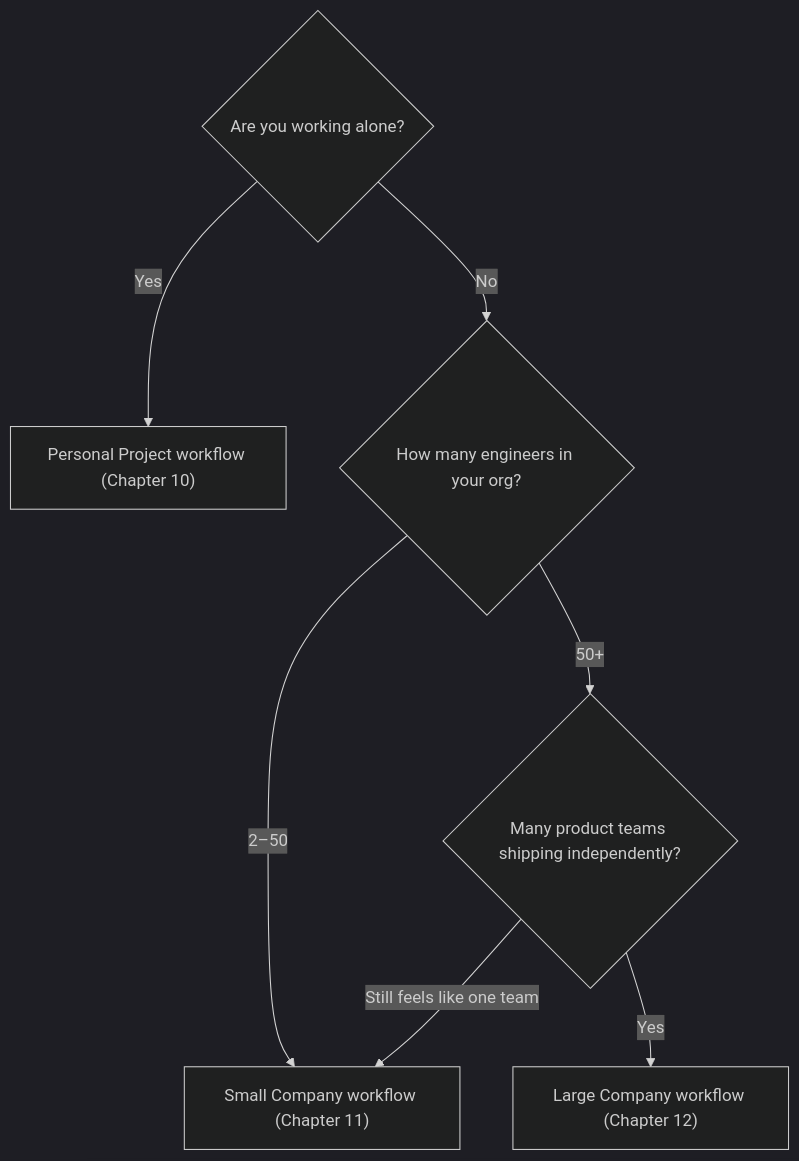
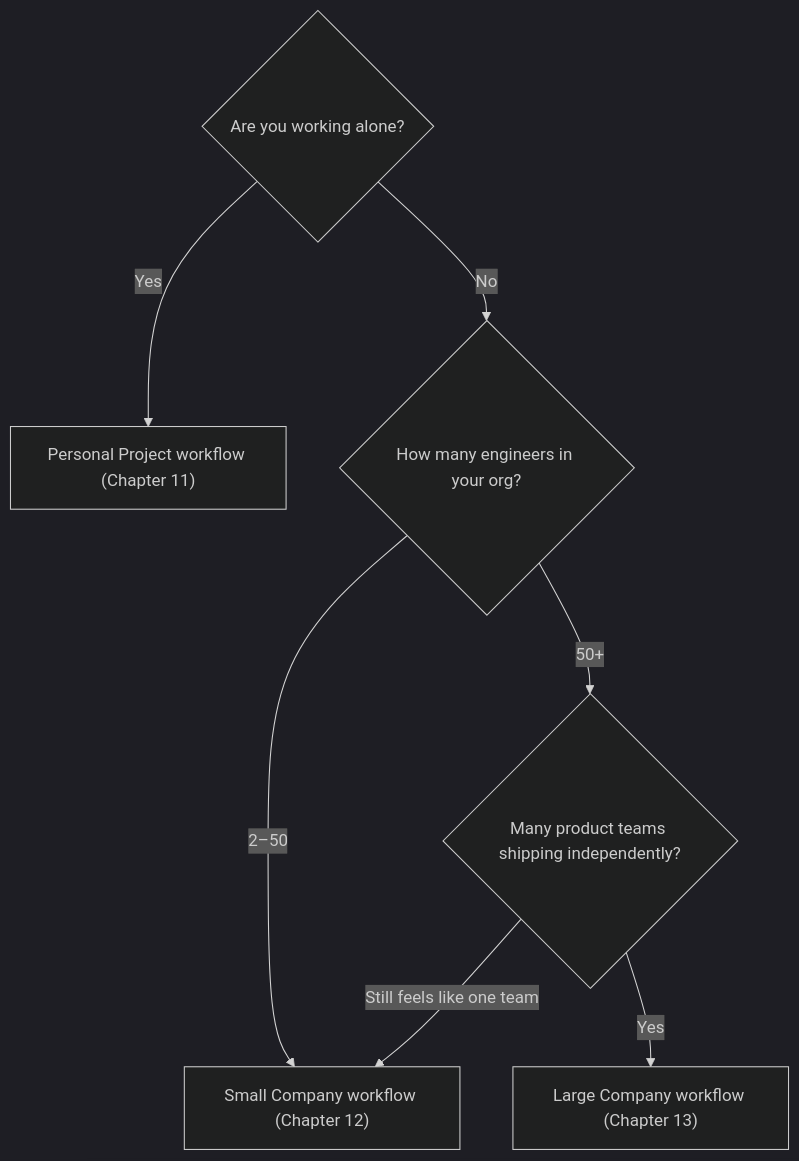
One commit to tonyx1998/modern-web-dev-guide changed the diagram in docs/08-comparison/index.md. Above: the diagram before and after it, drawn with Mermaid (dark theme). The commit also changed other lines of this file and 280 other files, not shown here.

````diff
--- a/docs/08-comparison/index.md
+++ b/docs/08-comparison/index.md
@@ -41,10 +45,10 @@
 ```mermaid
 flowchart TD
     Start{"Are you working alone?"}
-    Start -->|Yes| Solo["Personal Project workflow (Chapter 10)"]
+    Start -->|Yes| Solo["Personal Project workflow (Chapter 11)"]
     Start -->|No| Size{"How many engineers in your org?"}
-    Size -->|2–50| Startup["Small Company workflow (Chapter 11)"]
+    Size -->|2–50| Startup["Small Company workflow (Chapter 12)"]
     Size -->|50+| Q2{"Many product teams shipping independently?"}
-    Q2 -->|Yes| Ent["Large Company workflow (Chapter 12)"]
+    Q2 -->|Yes| Ent["Large Company workflow (Chapter 13)"]
     Q2 -->|Still feels like one team| Startup
 ```
````
